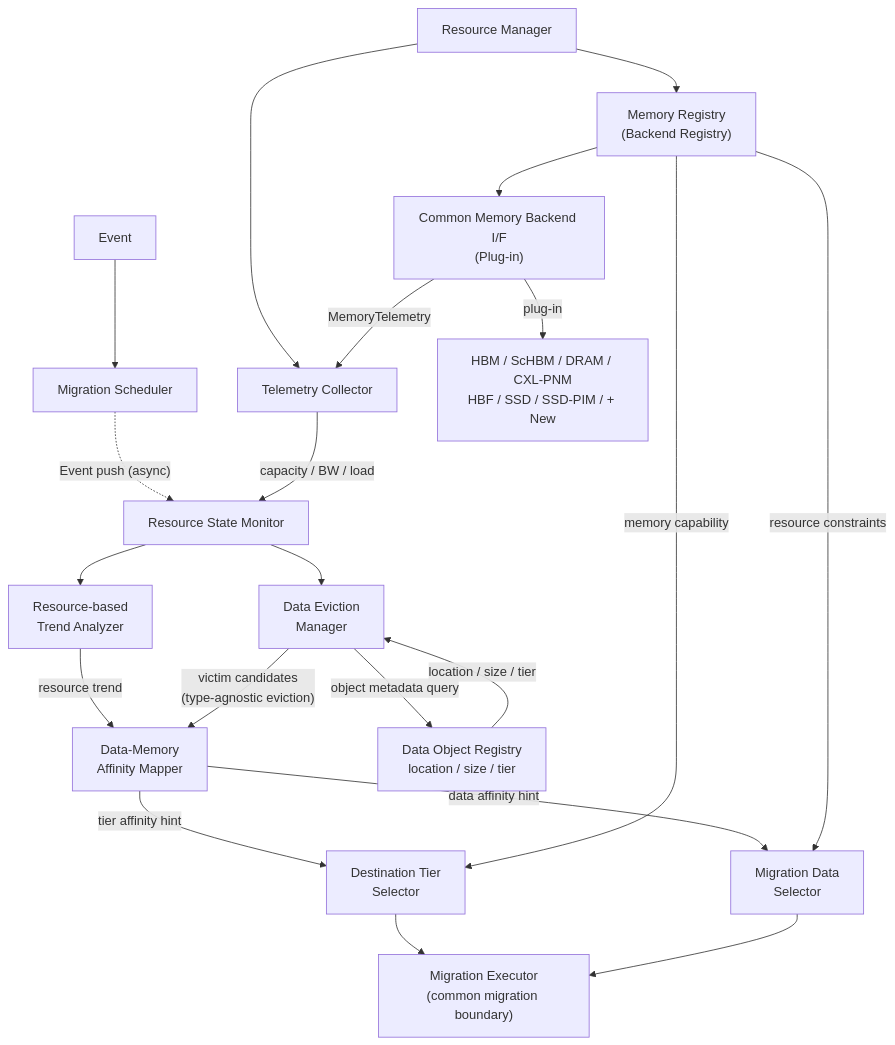
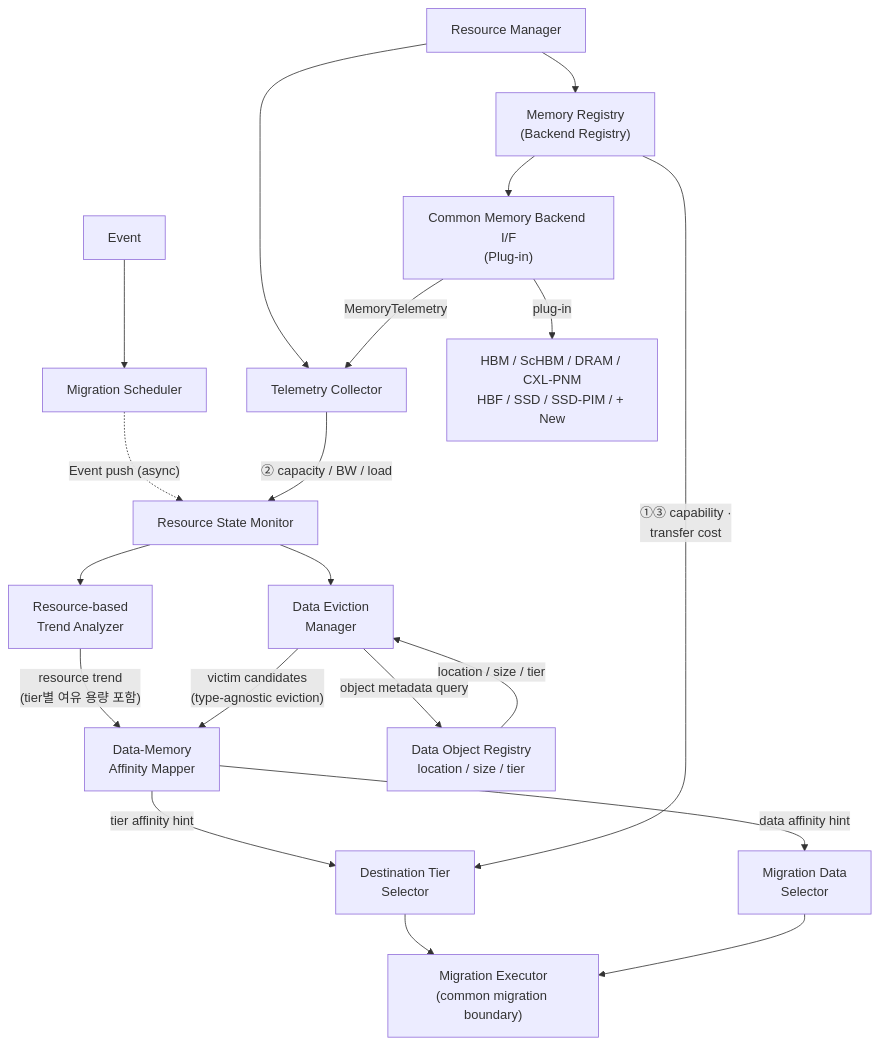
Before and after one commit to mkim0628/vllm: the first of 4 diagrams in doc-mk/DP1/dp1-ai-data-migration-decision-architecture.md, drawn with Mermaid. The commit also changed other lines of this file, not shown here.

First line of the commit message:
DP1 doc: align C1/C2 module descriptions and diagrams with slides (Resource Manager links only RSM and DTS)

```diff
--- a/doc-mk/DP1/dp1-ai-data-migration-decision-architecture.md
+++ b/doc-mk/DP1/dp1-ai-data-migration-decision-architecture.md
@@ -969,49 +970,48 @@
 ~~~mermaid
 flowchart TD
     EV["Event"]
     MS["Migration Scheduler"]
 
     RSM["Resource State Monitor"]
     RTA["Resource-based<br/>Trend Analyzer"]
     DEM["Data Eviction<br/>Manager"]
     DMA["Data-Memory<br/>Affinity Mapper"]
     DTS["Destination Tier<br/>Selector"]
     MDS["Migration Data<br/>Selector"]
     ME["Migration Executor<br/>(common migration boundary)"]
 
     DOR["Data Object Registry<br/>location / size / tier"]
 
     RM["Resource Manager"]
     TC["Telemetry Collector"]
     MR["Memory Registry<br/>(Backend Registry)"]
     MBI["Common Memory Backend I/F<br/>(Plug-in)"]
     MEMS["HBM / ScHBM / DRAM / CXL-PNM<br/>HBF / SSD / SSD-PIM / + New"]
 
     EV --> MS
     MS -. "Event push (async)" .-> RSM
 
     RM --> TC
     RM --> MR
     MR --> MBI
     MBI -->|"plug-in"| MEMS
     MBI -->|"MemoryTelemetry"| TC
-    TC -->|"capacity / BW / load"| RSM
+    TC -->|"② capacity / BW / load"| RSM
 
     RSM --> RTA
     RSM --> DEM
 
     DEM -->|"object metadata query"| DOR
     DOR -->|"location / size / tier"| DEM
 
-    RTA -->|"resource trend"| DMA
+    RTA -->|"resource trend<br/>(tier별 여유 용량 포함)"| DMA
     DEM -->|"victim candidates<br/>(type-agnostic eviction)"| DMA
 
     DMA -->|"tier affinity hint"| DTS
     DMA -->|"data affinity hint"| MDS
 
-    MR -->|"memory capability"| DTS
-    MR -->|"resource constraints"| MDS
+    MR -->|"①③ capability ·<br/>transfer cost"| DTS
 
     DTS --> ME
     MDS --> ME
 ~~~
```
